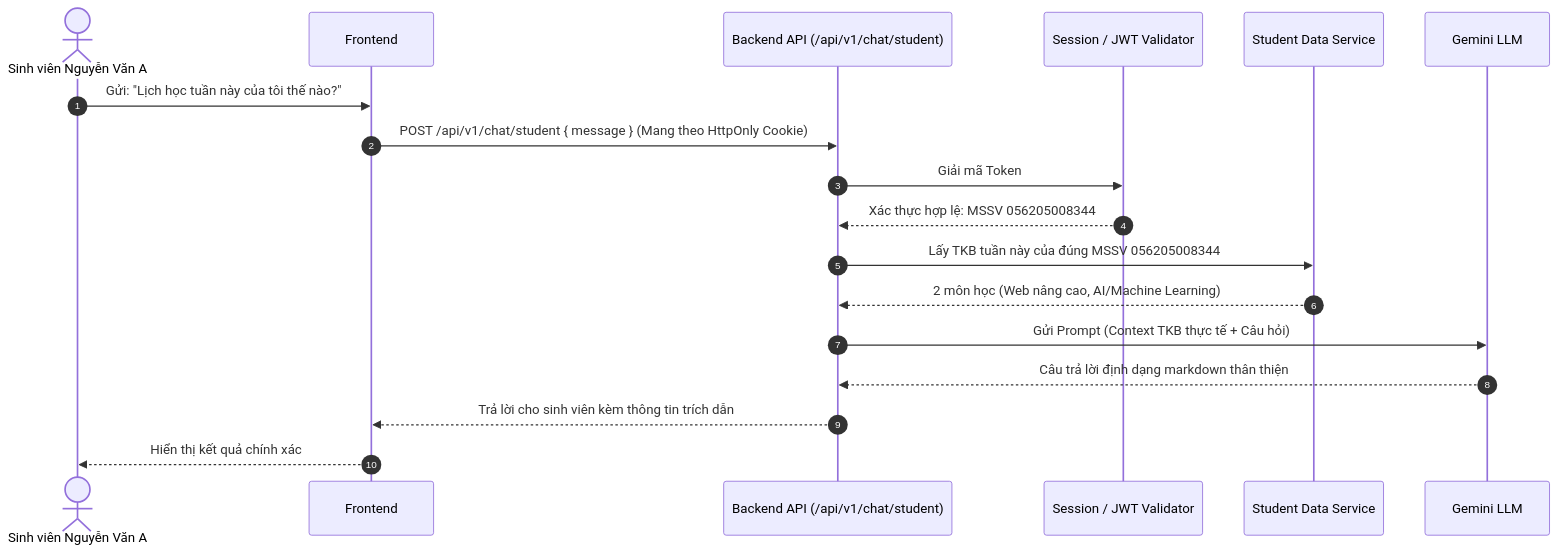
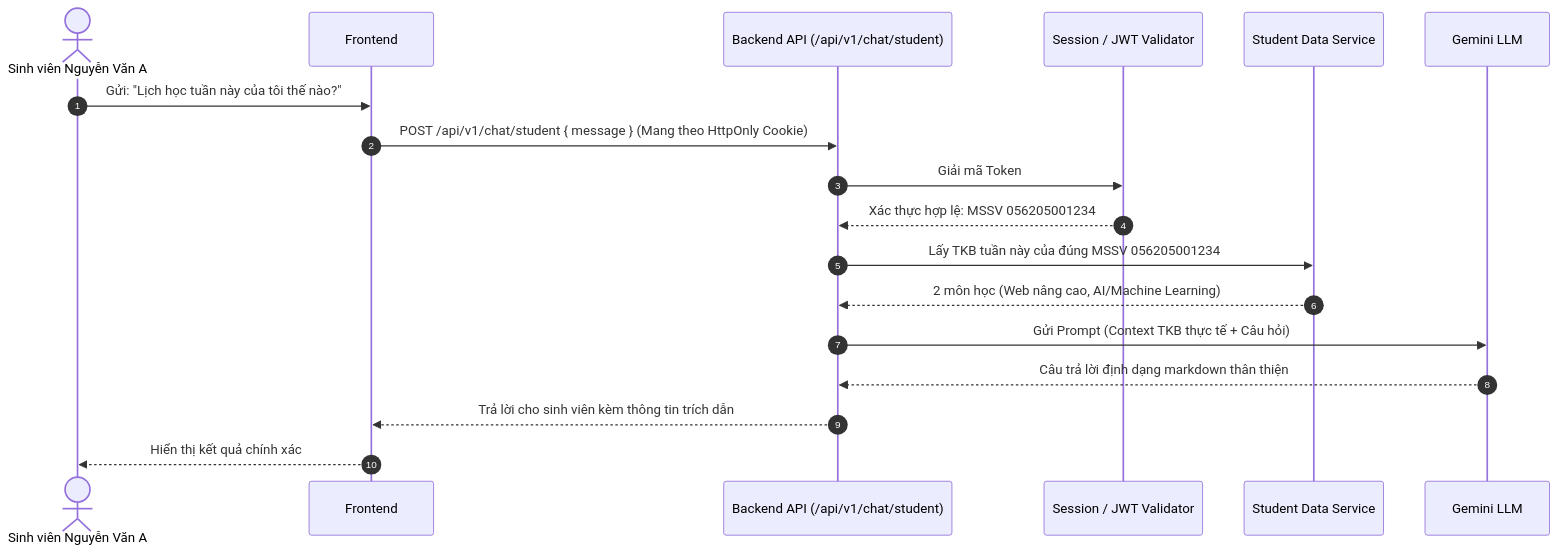
One commit to leminhhuy1122/Bot-UTH changed the third of 3 diagrams in docs/ARCHITECTURE.md. Above: the diagram before and after it, drawn with Mermaid. The commit also changed other lines of this file and 26 other files, not shown here.

````diff
--- a/docs/ARCHITECTURE.md
+++ b/docs/ARCHITECTURE.md
@@ -115,21 +115,21 @@
 ```mermaid
 sequenceDiagram
     autonumber
     actor SV as Sinh viên Nguyễn Văn A
     participant FE as Frontend
     participant BE as Backend API (/api/v1/chat/student)
     participant Auth as Session / JWT Validator
     participant Data as Student Data Service
     participant AI as Gemini LLM
 
     SV->>FE: Gửi: "Lịch học tuần này của tôi thế nào?"
     FE->>BE: POST /api/v1/chat/student { message } (Mang theo HttpOnly Cookie)
     BE->>Auth: Giải mã Token
-    Auth-->>BE: Xác thực hợp lệ: MSSV 056205008344
-    BE->>Data: Lấy TKB tuần này của đúng MSSV 056205008344
+    Auth-->>BE: Xác thực hợp lệ: MSSV 056205001234
+    BE->>Data: Lấy TKB tuần này của đúng MSSV 056205001234
     Data-->>BE: 2 môn học (Web nâng cao, AI/Machine Learning)
     BE->>AI: Gửi Prompt (Context TKB thực tế + Câu hỏi)
     AI-->>BE: Câu trả lời định dạng markdown thân thiện
     BE-->>FE: Trả lời cho sinh viên kèm thông tin trích dẫn
     FE-->>SV: Hiển thị kết quả chính xác
 ```
````
